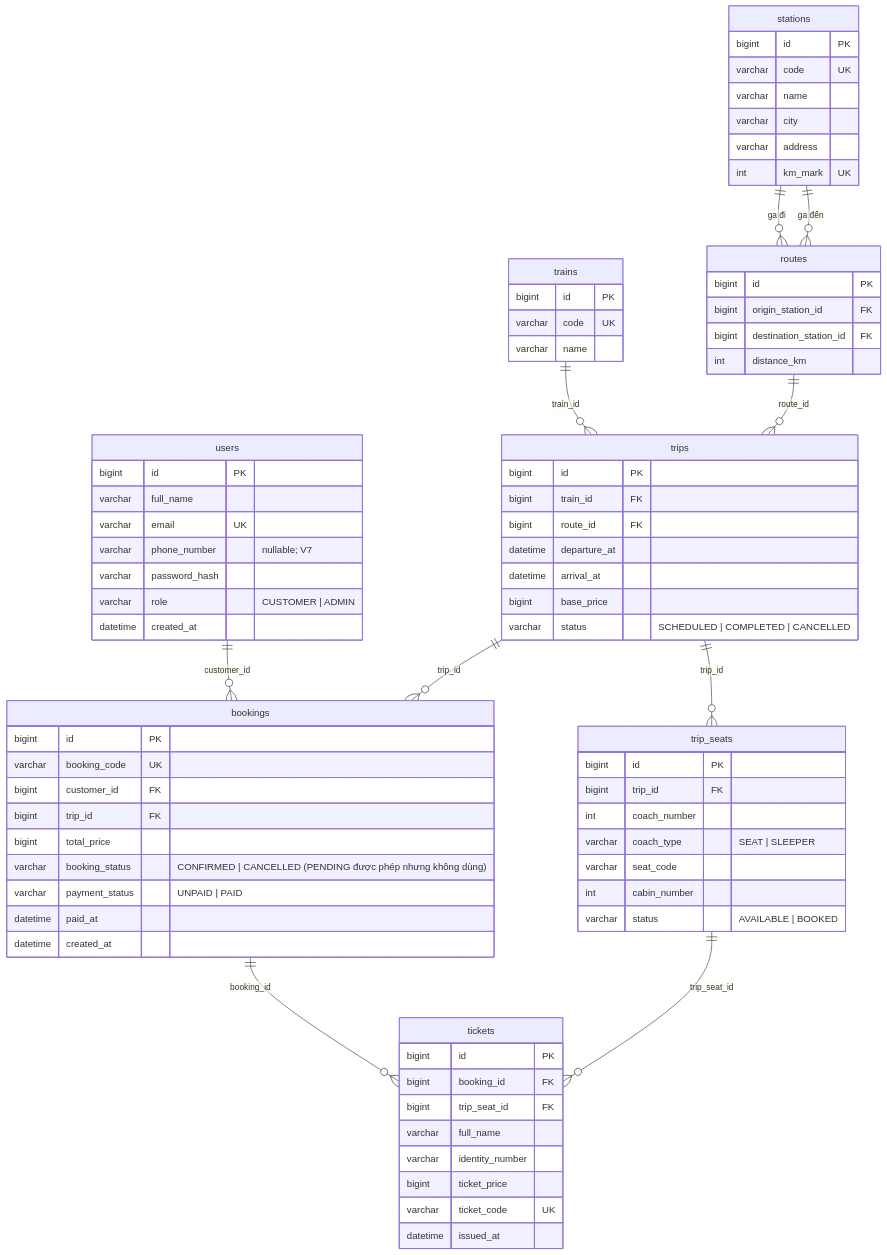
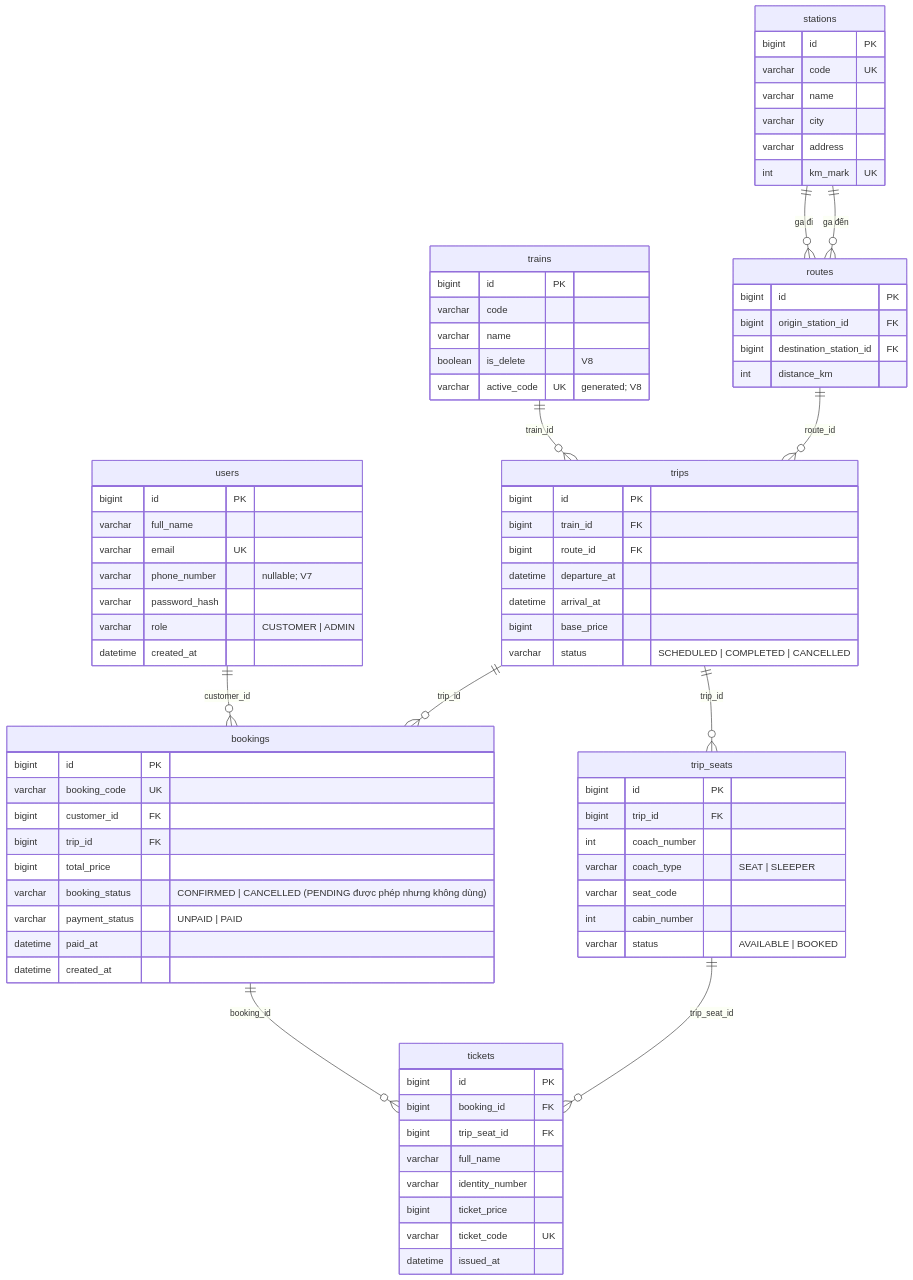
Before and after one commit to Train-go/train-go: the diagram in docs/reports/erd-hien-tai.md, drawn with Mermaid. The commit also changed other lines of this file and 35 other files, not shown here.

````diff
--- a/docs/reports/erd-hien-tai.md
+++ b/docs/reports/erd-hien-tai.md
@@ -27,80 +28,82 @@
 ```mermaid
 erDiagram
     stations {
         bigint id PK
         varchar code UK
         varchar name
         varchar city
         varchar address
         int km_mark UK
     }
     routes {
         bigint id PK
         bigint origin_station_id FK
         bigint destination_station_id FK
         int distance_km
     }
     trains {
         bigint id PK
-        varchar code UK
+        varchar code
         varchar name
+        boolean is_delete "V8"
+        varchar active_code UK "generated; V8"
     }
     trips {
         bigint id PK
         bigint train_id FK
         bigint route_id FK
         datetime departure_at
         datetime arrival_at
         bigint base_price
         varchar status "SCHEDULED | COMPLETED | CANCELLED"
     }
     trip_seats {
         bigint id PK
         bigint trip_id FK
         int coach_number
         varchar coach_type "SEAT | SLEEPER"
         varchar seat_code
         int cabin_number
         varchar status "AVAILABLE | BOOKED"
     }
     users {
         bigint id PK
         varchar full_name
         varchar email UK
         varchar phone_number "nullable; V7"
         varchar password_hash
         varchar role "CUSTOMER | ADMIN"
         datetime created_at
     }
     bookings {
         bigint id PK
         varchar booking_code UK
         bigint customer_id FK
         bigint trip_id FK
         bigint total_price
         varchar booking_status "CONFIRMED | CANCELLED (PENDING được phép nhưng không dùng)"
         varchar payment_status "UNPAID | PAID"
         datetime paid_at
         datetime created_at
     }
     tickets {
         bigint id PK
         bigint booking_id FK
         bigint trip_seat_id FK
         varchar full_name
         varchar identity_number
         bigint ticket_price
         varchar ticket_code UK
         datetime issued_at
     }
 
     stations ||--o{ routes : "ga đi"
     stations ||--o{ routes : "ga đến"
     trains ||--o{ trips : "train_id"
     routes ||--o{ trips : "route_id"
     trips ||--o{ trip_seats : "trip_id"
     users ||--o{ bookings : "customer_id"
     trips ||--o{ bookings : "trip_id"
     bookings ||--o{ tickets : "booking_id"
     trip_seats ||--o{ tickets : "trip_seat_id"
 ```
````
